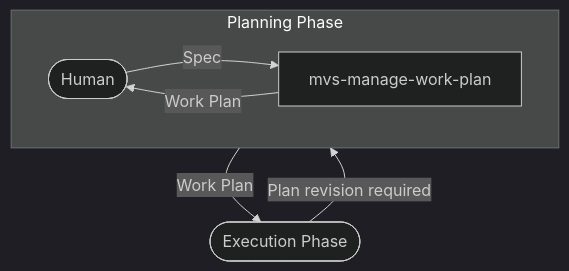
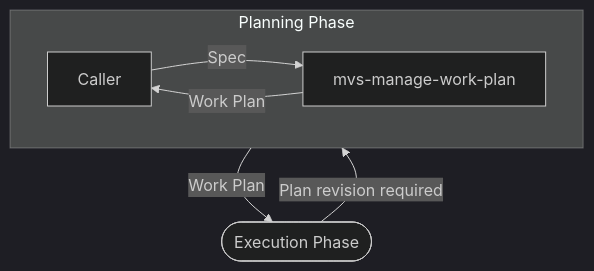
One commit to masa-kjm/marvis-dev changed the second of 3 diagrams in docs/README.md. Above: the diagram before and after it, drawn with Mermaid (dark theme). The commit also changed other lines of this file, not shown here.

````diff
--- a/docs/README.md
+++ b/docs/README.md
@@ -32,13 +51,13 @@
 ```mermaid
 flowchart TD
   subgraph Planning["Planning Phase"]
-    Caller(["Human"])
+    Caller["Caller"]
     PlanSkill["mvs-manage-work-plan"]
   end
   Execution(["Execution Phase"])
 
   Caller -->|Spec| PlanSkill
   PlanSkill -->|Work Plan| Caller
   Planning -->|Work Plan| Execution
   Execution -->|Plan revision required| Planning
 ```
````
